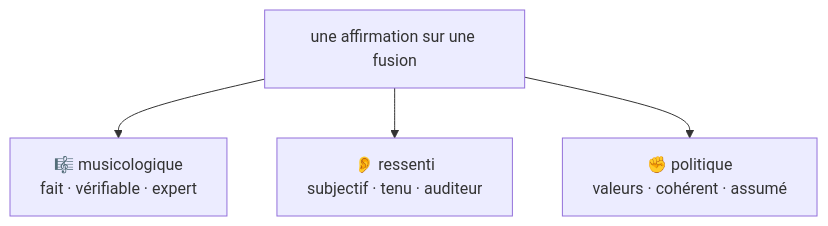
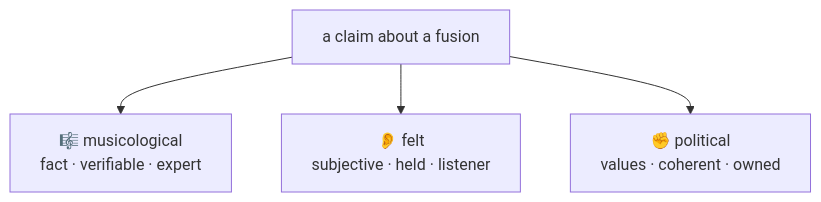
Before and after one commit to trivoallan/le-malentendu: the third of 5 diagrams in process/exemples-et-schemas.md, drawn with Mermaid. The commit also changed other lines of this file and 12 other files, not shown here.

````diff
--- a/process/exemples-et-schemas.md
+++ b/process/exemples-et-schemas.md
@@ -39,7 +42,7 @@
 ```mermaid
 flowchart TB
-  C["une affirmation sur une fusion"]
-  C --> M["🎼 musicologique<br/>fait · vérifiable · expert"]
-  C --> R["👂 ressenti<br/>subjectif · tenu · auditeur"]
-  C --> P["✊ politique<br/>valeurs · cohérent · assumé"]
+  C["a claim about a fusion"]
+  C --> M["🎼 musicological<br/>fact · verifiable · expert"]
+  C --> R["👂 felt<br/>subjective · held · listener"]
+  C --> P["✊ political<br/>values · coherent · owned"]
 ```
````
